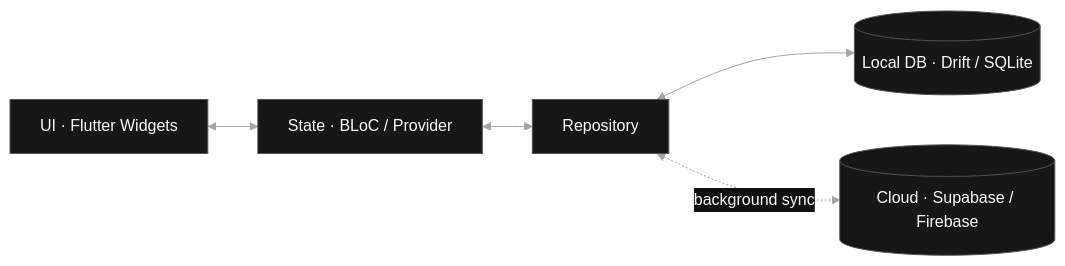
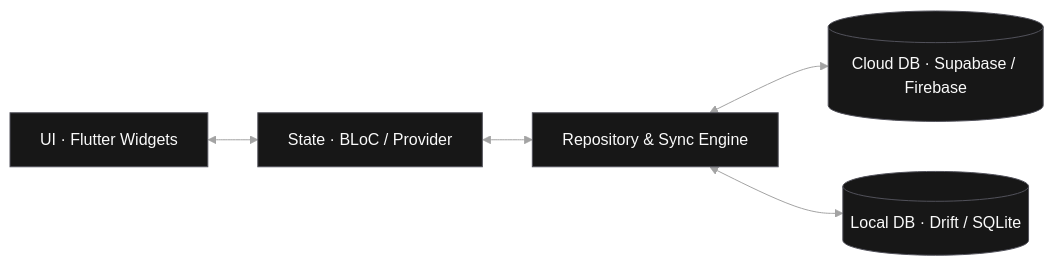
One commit to swe-rabiaaziz/swe-rabiaaziz changed the diagram in README.md. Above: the diagram before and after it, drawn with Mermaid. The commit also changed other lines of this file and 9 other files, not shown here.

````diff
--- a/README.md
+++ b/README.md
@@ -230,8 +230,8 @@
 ```mermaid
 %%{init: {'theme':'base','themeVariables':{'primaryColor':'#171717','primaryTextColor':'#fafafa','primaryBorderColor':'#52525b','lineColor':'#A3A3A3','secondaryColor':'#111113','tertiaryColor':'#0A0A0A','fontFamily':'monospace'}}}%%
 flowchart LR
   UI["UI · Flutter Widgets"] <--> SM["State · BLoC / Provider"]
-  SM <--> REPO["Repository"]
+  SM <--> REPO["Repository & Sync Engine"]
+  REPO <--> CLOUD[("Cloud DB · Supabase / Firebase")]
   REPO <--> LOCAL[("Local DB · Drift / SQLite")]
-  REPO <-. background sync .-> CLOUD[("Cloud · Supabase / Firebase")]
 ```
````
